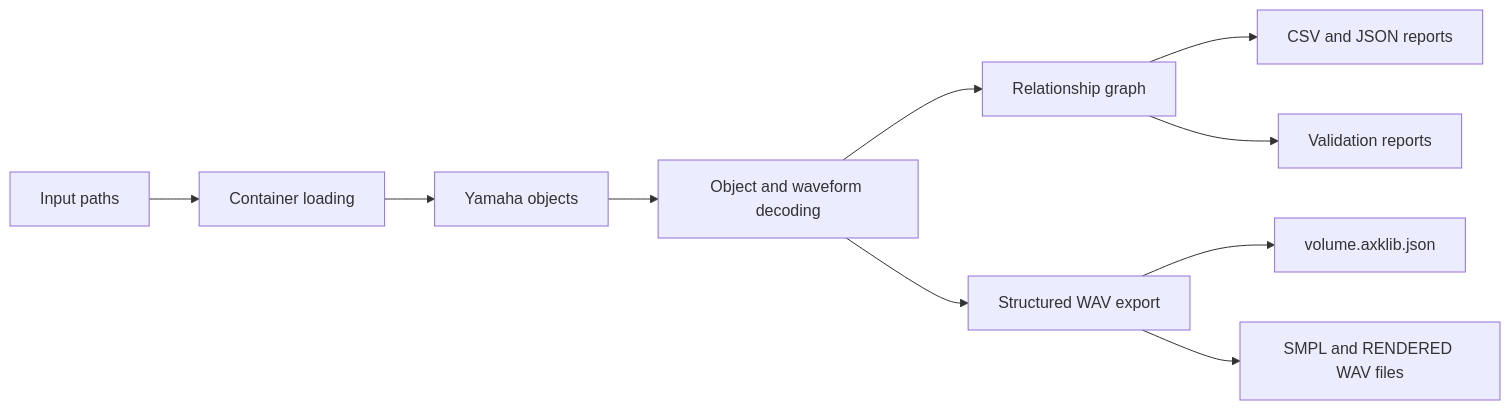
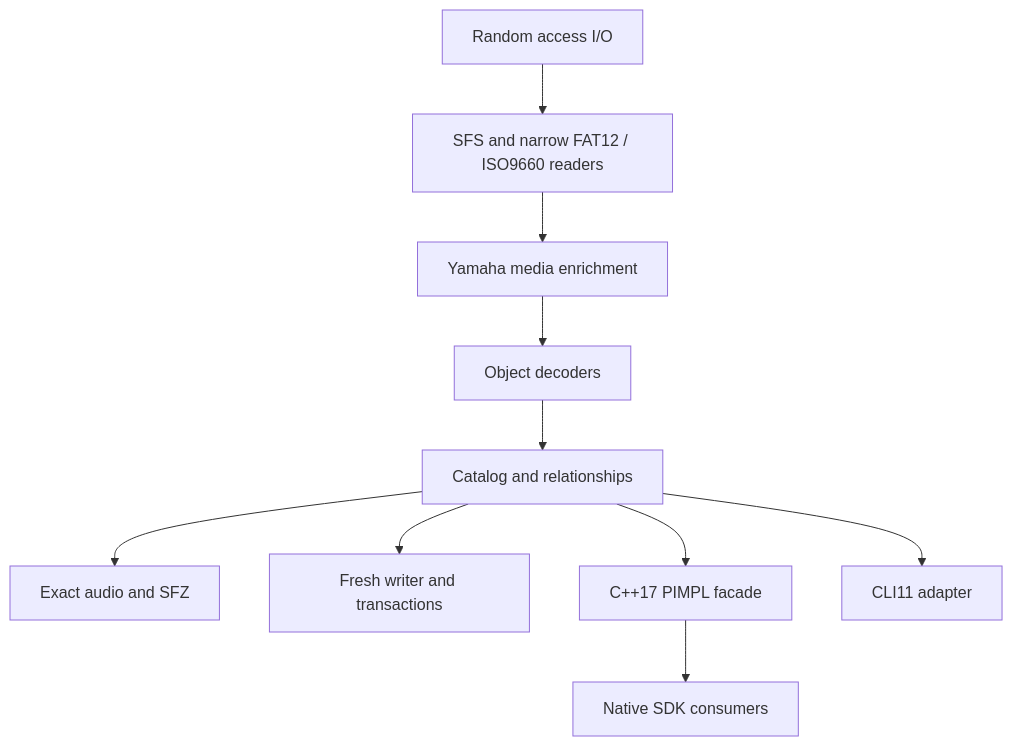
Before and after one commit to tphzz/axklib: the diagram in docs/architecture.md, drawn with Mermaid. The commit also changed other lines of this file and 328 other files, not shown here.

````diff
--- a/docs/architecture.md
+++ b/docs/architecture.md
@@ -34,12 +6,14 @@
 ```mermaid
-flowchart LR
-    Paths[Input paths] --> Loading[Container loading]
-    Loading --> Objects[Yamaha objects]
-    Objects --> Decoding[Object and waveform decoding]
-    Decoding --> Relationships[Relationship graph]
-    Relationships --> Reports[CSV and JSON reports]
-    Relationships --> Validation[Validation reports]
-    Decoding --> Export[Structured WAV export]
-    Export --> Graph[volume.axklib.json]
-    Export --> WavFiles[SMPL and RENDERED WAV files]
+flowchart TD
+    accTitle: axklib architecture dependency flow
+    accDescr: Random access input flows through media readers, Yamaha enrichment, object decoders, and the catalog. The catalog provides audio export, writing, the shared SDK facade, and the CLI adapter. Native consumers use the SDK.
+    IO[Random access I/O] --> Media[SFS and narrow FAT12 / ISO9660 readers]
+    Media --> Yamaha[Yamaha media enrichment]
+    Yamaha --> Objects[Object decoders]
+    Objects --> Catalog[Catalog and relationships]
+    Catalog --> Audio[Exact audio and SFZ]
+    Catalog --> Writer[Fresh writer and transactions]
+    Catalog --> SDK[C++17 PIMPL facade]
+    Catalog --> CLI[CLI11 adapter]
+    SDK --> Host[Native SDK consumers]
 ```
````
